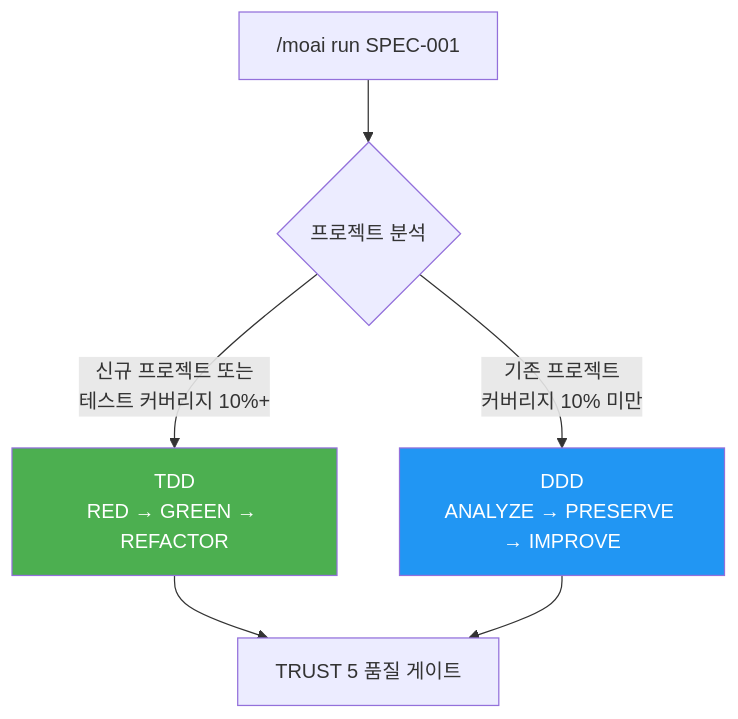
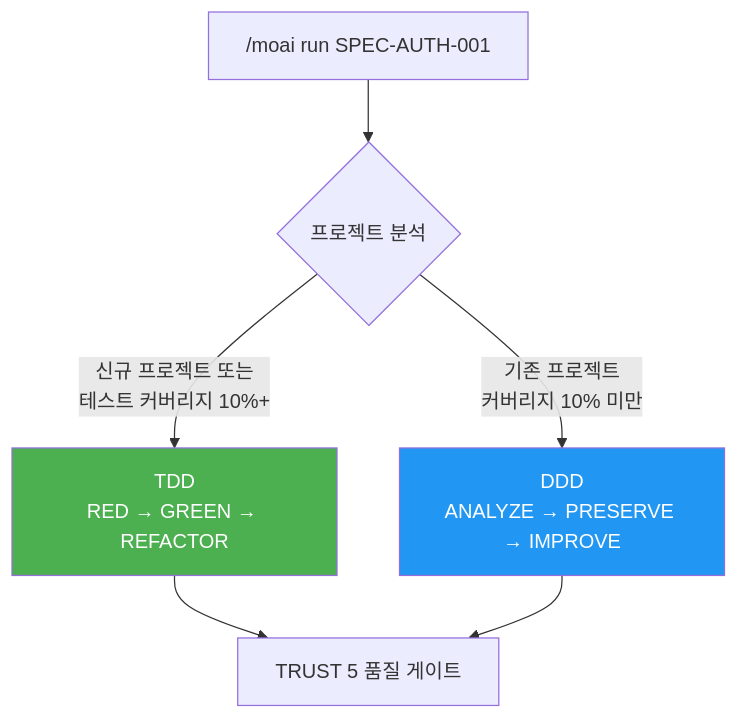
The third of 9 diagrams in docs-site/content/ko/getting-started/quickstart.md (modu-ai/moai-adk), drawn with Mermaid before and after one commit. The commit also changed other lines of this file and 5 other files, not shown here.

````diff
--- a/docs-site/content/ko/getting-started/quickstart.md
+++ b/docs-site/content/ko/getting-started/quickstart.md
@@ -122,10 +122,10 @@
 ```mermaid
 flowchart TD
-    A["/moai run SPEC-001"] --> B{"프로젝트 분석"}
+    A["/moai run SPEC-AUTH-001"] --> B{"프로젝트 분석"}
     B -->|"신규 프로젝트 또는<br/>테스트 커버리지 10%+"| C["TDD<br/>RED → GREEN → REFACTOR"]
     B -->|"기존 프로젝트<br/>커버리지 10% 미만"| D["DDD<br/>ANALYZE → PRESERVE → IMPROVE"]
     C --> E["TRUST 5 품질 게이트"]
     D --> E
     style C fill:#4CAF50,color:#fff
     style D fill:#2196F3,color:#fff
 ```
````
